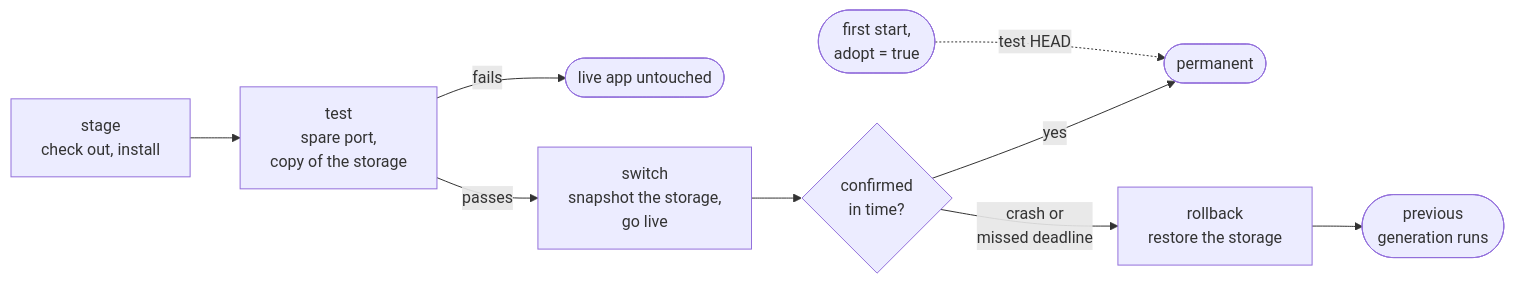
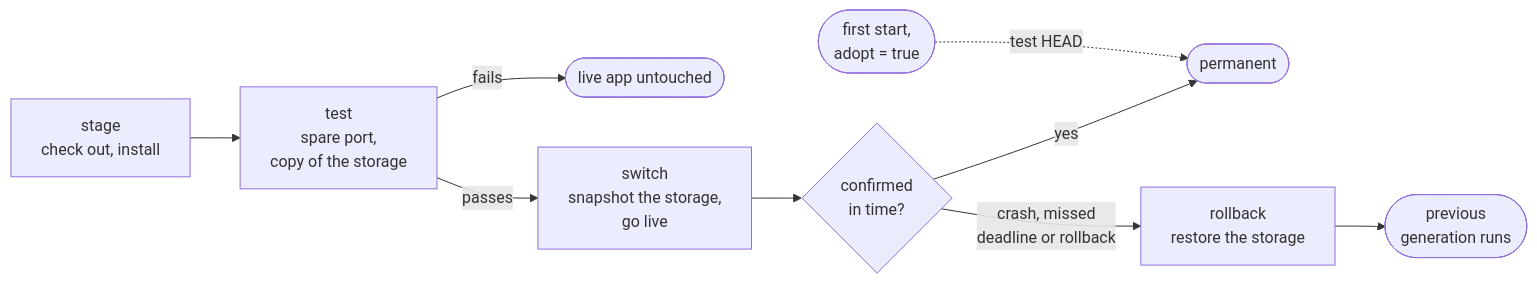
Before and after one commit to shashito/fawkes: the diagram in README.md, drawn with Mermaid. The commit also changed other lines of this file, not shown here.

````diff
--- a/README.md
+++ b/README.md
@@ -13,11 +13,11 @@
 ```mermaid
 flowchart LR
     stage["stage<br/>check out, install"] --> test["test<br/>spare port,<br/>copy of the storage"]
     test -- fails --> untouched(["live app untouched"])
     test -- passes --> switch["switch<br/>snapshot the storage,<br/>go live"]
     switch --> confirm{"confirmed<br/>in time?"}
     confirm -- yes --> permanent(["permanent"])
-    confirm -- "crash or<br/>missed deadline" --> rollback["rollback<br/>restore the storage"]
+    confirm -- "crash, missed<br/>deadline or rollback" --> rollback["rollback<br/>restore the storage"]
     rollback --> previous(["previous<br/>generation runs"])
     adopt(["first start,<br/>adopt = true"]) -. "test HEAD" .-> permanent
 ```
````
